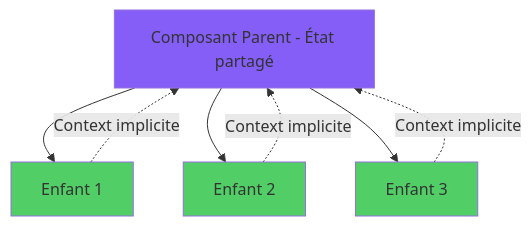
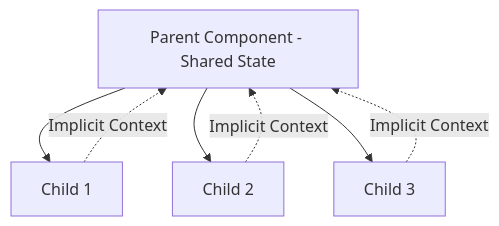
One commit to BabaScience/react-guides changed the tenth of 12 diagrams in arguments/chapters/fr/03-component-patterns-best-practices.md. Above: the diagram before and after it, drawn with Mermaid. The commit also changed other lines of this file and 29 other files, not shown here.

First line of the commit message:
Bring React FR/IT translations to full English parity + theme-safe diagrams

````diff
--- a/arguments/chapters/fr/03-component-patterns-best-practices.md
+++ b/arguments/chapters/fr/03-component-patterns-best-practices.md
@@ -355,15 +1994,11 @@
 ```mermaid
 graph TD
-    A[Composant Parent - État partagé] --> B[Enfant 1]
-    A --> C[Enfant 2]
-    A --> D[Enfant 3]
+    A[Parent Component - Shared State] --> B[Child 1]
+    A --> C[Child 2]
+    A --> D[Child 3]
     
-    B -.Context implicite.-> A
-    C -.Context implicite.-> A
-    D -.Context implicite.-> A
+    B -.Implicit Context.-> A
+    C -.Implicit Context.-> A
+    D -.Implicit Context.-> A
     
-    style A fill:#845ef7
-    style B fill:#51cf66
-    style C fill:#51cf66
-    style D fill:#51cf66
 ```
````
